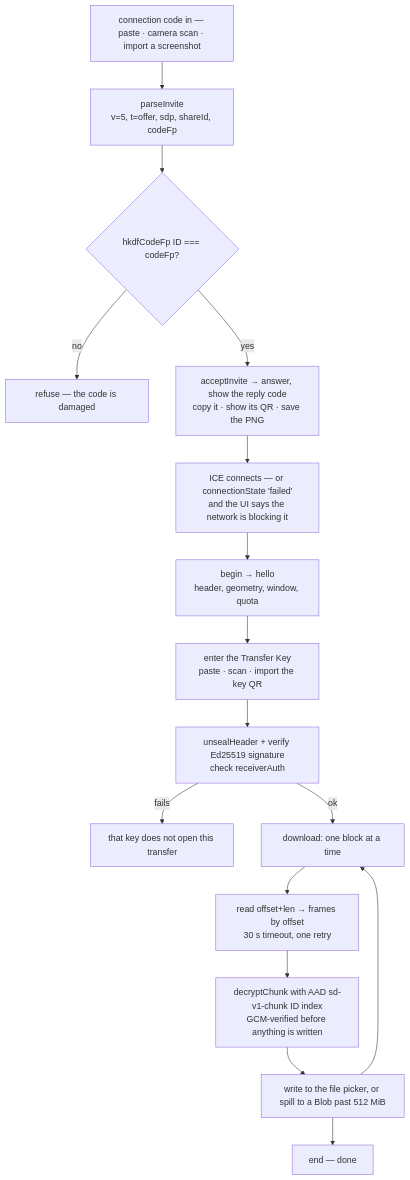
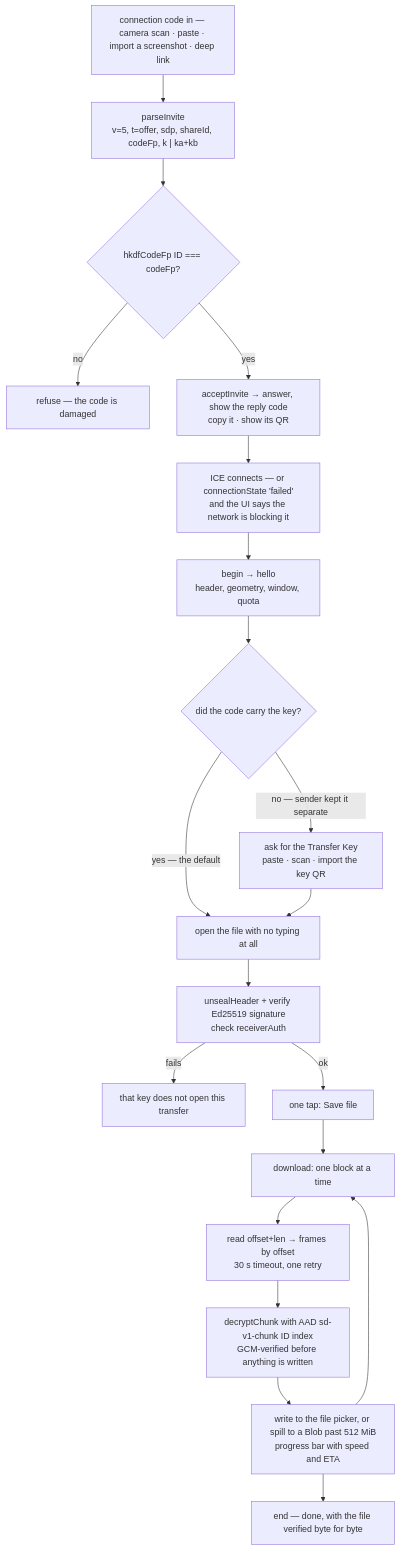
The fourth of 8 diagrams in docs/DIAGRAMS.md (hackersfun369/streamer), drawn with Mermaid before and after one commit. The commit also changed other lines of this file and 18 other files, not shown here.

First line of the commit message:
Redesign the UI around one code, with the key inside it

````diff
--- a/docs/DIAGRAMS.md
+++ b/docs/DIAGRAMS.md
@@ -138,18 +141,22 @@
 ```mermaid
 flowchart TD
-    A["connection code in — paste · camera scan · import a screenshot"] --> B["parseInvite<br/>v=5, t=offer, sdp, shareId, codeFp"]
+    A["connection code in — camera scan · paste · import a screenshot · deep link"] --> B["parseInvite<br/>v=5, t=offer, sdp, shareId, codeFp, k | ka+kb"]
     B --> C{"hkdfCodeFp ID === codeFp?"}
     C -->|"no"| X["refuse — the code is damaged"]
-    C -->|"yes"| D["acceptInvite → answer, show the reply code<br/>copy it · show its QR · save the PNG"]
+    C -->|"yes"| D["acceptInvite → answer, show the reply code<br/>copy it · show its QR"]
     D --> E["ICE connects — or connectionState 'failed'<br/>and the UI says the network is blocking it"]
     E --> F["begin → hello<br/>header, geometry, window, quota"]
-    F --> G["enter the Transfer Key<br/>paste · scan · import the key QR"]
-    G --> H["unsealHeader + verify Ed25519 signature<br/>check receiverAuth"]
-    H -->|"fails"| Y["that key does not open this transfer"]
-    H -->|"ok"| I["download: one block at a time"]
-    I --> J["read offset+len → frames by offset<br/>30 s timeout, one retry"]
-    J --> K["decryptChunk with AAD sd-v1-chunk ID index<br/>GCM-verified before anything is written"]
-    K --> L["write to the file picker, or spill to a Blob past 512 MiB"]
-    L --> I
-    L --> M["end — done"]
+    F --> G{"did the code carry the key?"}
+    G -->|"yes — the default"| H["open the file with no typing at all"]
+    G -->|"no — sender kept it separate"| I["ask for the Transfer Key<br/>paste · scan · import the key QR"]
+    I --> H
+    H --> J["unsealHeader + verify Ed25519 signature<br/>check receiverAuth"]
+    J -->|"fails"| Y["that key does not open this transfer"]
+    J -->|"ok"| K["one tap: Save file"]
+    K --> L["download: one block at a time"]
+    L --> M["read offset+len → frames by offset<br/>30 s timeout, one retry"]
+    M --> N["decryptChunk with AAD sd-v1-chunk ID index<br/>GCM-verified before anything is written"]
+    N --> O["write to the file picker, or spill to a Blob past 512 MiB<br/>progress bar with speed and ETA"]
+    O --> L
+    O --> P["end — done, with the file verified byte for byte"]
 ```
````
